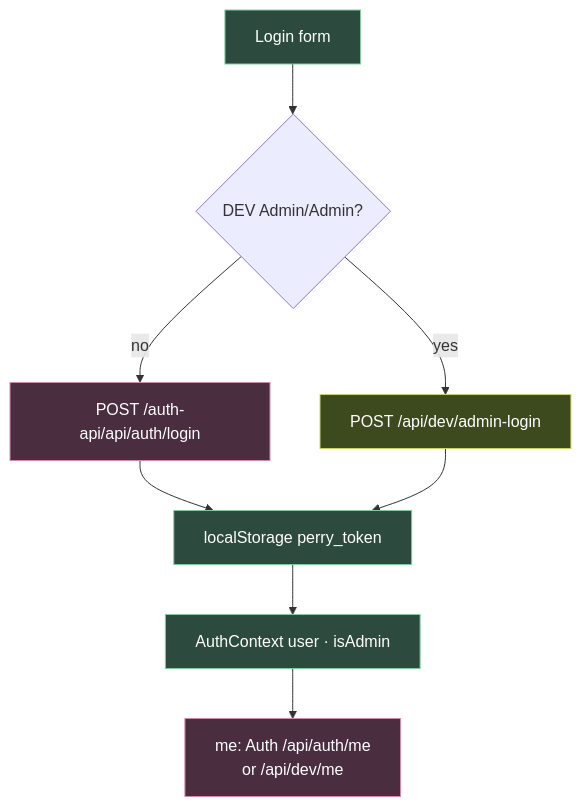
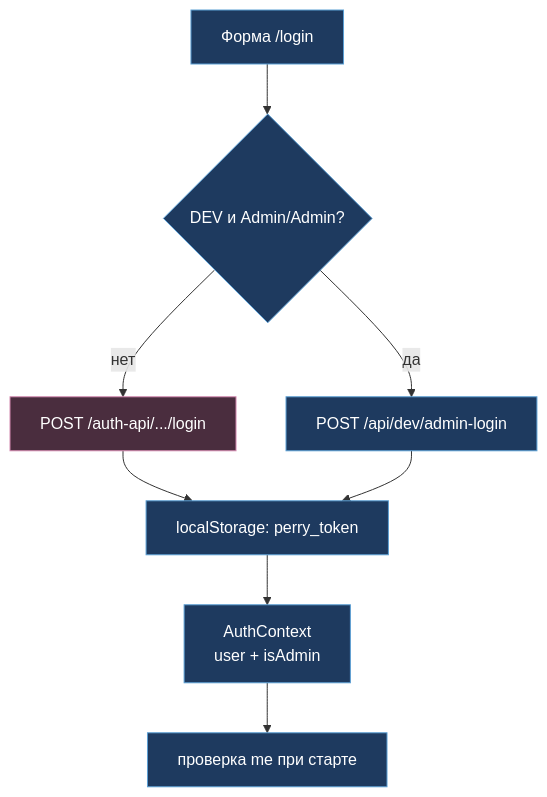
One commit to ITSTEP-PERRY/perry-front changed the diagram in project_defense/10_frontend-auth-flow/diagram.mmd. Above: the diagram before and after it, drawn with Mermaid. The commit also changed 41 other files, not shown here.

Commit message:
docs(defense): clearer diagrams, PPTX with per-slide descriptions.

```diff
--- a/project_defense/10_frontend-auth-flow/diagram.mmd
+++ b/project_defense/10_frontend-auth-flow/diagram.mmd
@@ -1,21 +1,17 @@
-flowchart TD
-  F["Login form"]
-  D{DEV Admin/Admin?}
-  AUTH["POST /auth-api/api/auth/login"]
-  DEV["POST /api/dev/admin-login"]
-  TOK["localStorage perry_token"]
-  CTX["AuthContext user · isAdmin"]
-  ME["me: Auth /api/auth/me<br/>or /api/dev/me"]
+flowchart TB
+  F["Форма /login"]
+  Q{"DEV и Admin/Admin?"}
+  F --> Q
 
-  F --> D
-  D -->|no| AUTH --> TOK
-  D -->|yes| DEV --> TOK
-  TOK --> CTX
-  CTX --> ME
+  Q -->|"нет"| AUTH["POST /auth-api/.../login"]
+  Q -->|"да"| DEV["POST /api/dev/admin-login"]
 
-  classDef c fill:#2d4a3e,stroke:#7dcea0,color:#fff
-  classDef a fill:#4a2d3e,stroke:#d48ab0,color:#fff
-  classDef d fill:#3d4a1e,stroke:#c9d56a,color:#fff
-  class F,CTX,TOK c
-  class AUTH,ME a
-  class DEV d
+  AUTH --> TOK["localStorage: perry_token"]
+  DEV --> TOK
+  TOK --> CTX["AuthContext<br/>user + isAdmin"]
+  CTX --> ME["проверка me при старте"]
+
+  classDef a fill:#1e3a5f,stroke:#5b9fd4,color:#fff
+  classDef e fill:#4a2d3e,stroke:#d48ab0,color:#fff
+  class F,Q,TOK,CTX,ME,DEV a
+  class AUTH e
```
